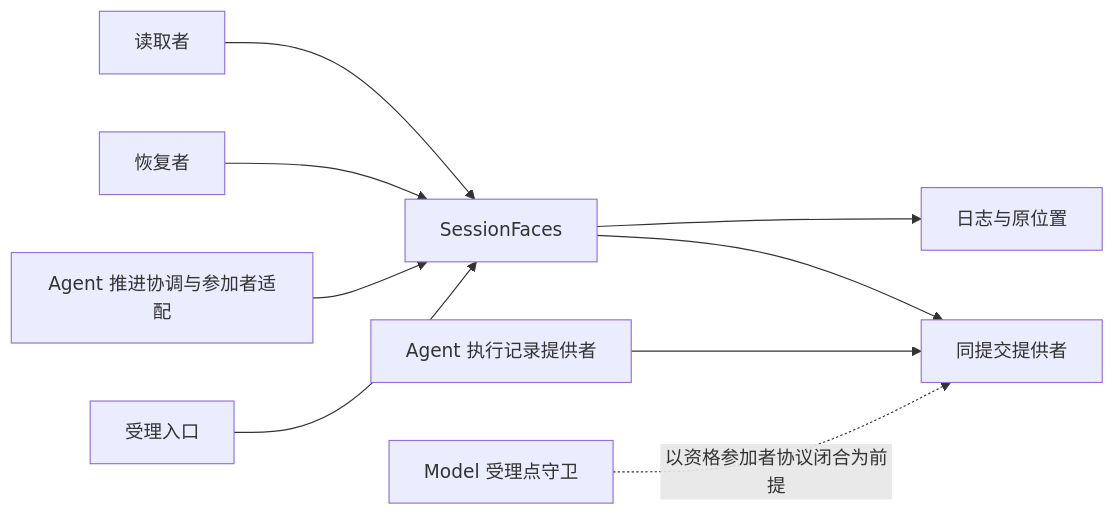
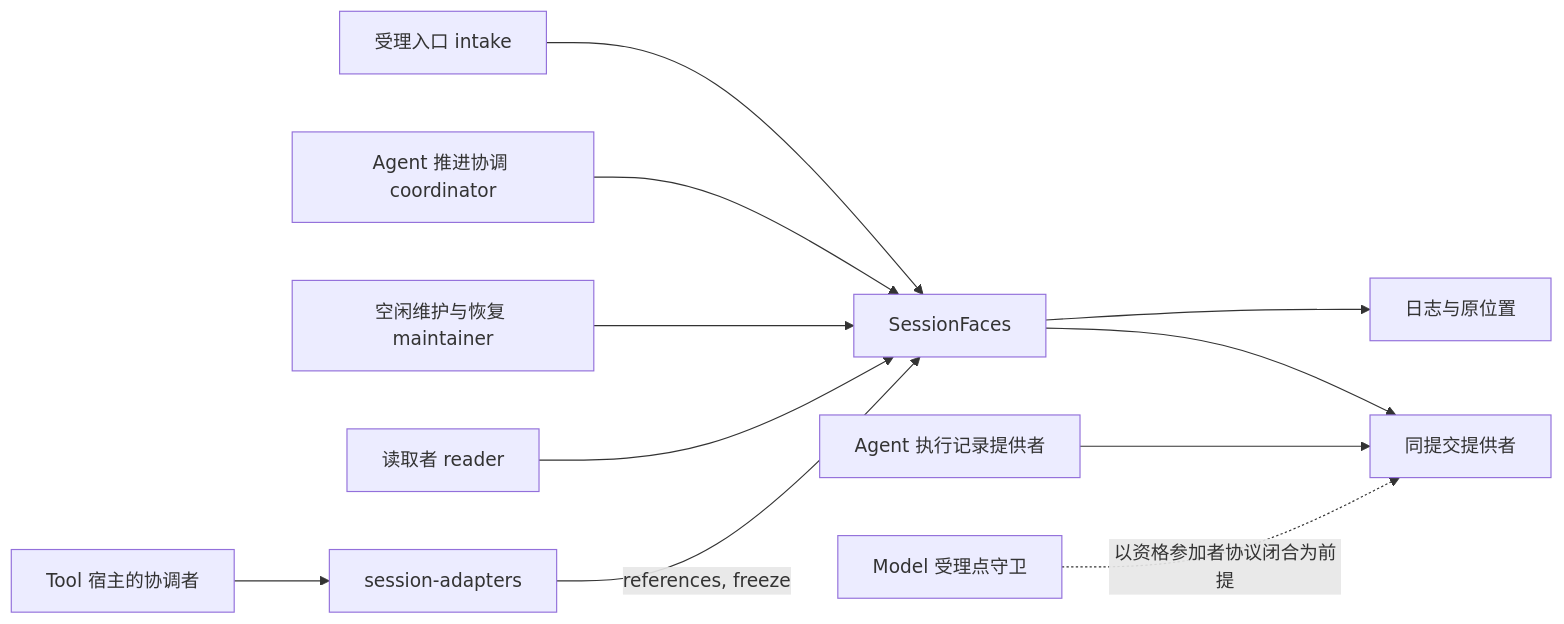
Before and after one commit to nemori-ai/omne-harness-lite: the first of 2 diagrams in packages/session/session-contract/docs/context.md, drawn with Mermaid. The commit also changed other lines of this file and 2 other files, not shown here.

First line of the commit message:
docs(session-contract): 架构与使用场景按增补后的契约重写

````diff
--- a/packages/session/session-contract/docs/context.md
+++ b/packages/session/session-contract/docs/context.md
@@ -9,11 +17,13 @@
 ```mermaid
 flowchart LR
-  Intake[受理入口] --> Session[SessionFaces]
-  Coord[Agent 推进协调与参加者适配] --> Session
-  Recovery[恢复者] --> Session
-  Reader[读取者] --> Session
-  Session --> Transaction[同提交提供者]
+  Intake[受理入口 intake] --> Faces[SessionFaces]
+  Coord[Agent 推进协调 coordinator] --> Faces
+  Maint[空闲维护与恢复 maintainer] --> Faces
+  Reader[读取者 reader] --> Faces
+  ToolHost[Tool 宿主的协调者] --> Adapters[session-adapters]
+  Adapters -->|references, freeze| Faces
+  Faces --> Transaction[同提交提供者]
   Journal[Agent 执行记录提供者] --> Transaction
   Model[Model 受理点守卫] -. 以资格参加者协议闭合为前提 .-> Transaction
-  Session --> History[日志与原位置]
+  Faces --> History[日志与原位置]
 ```
````
